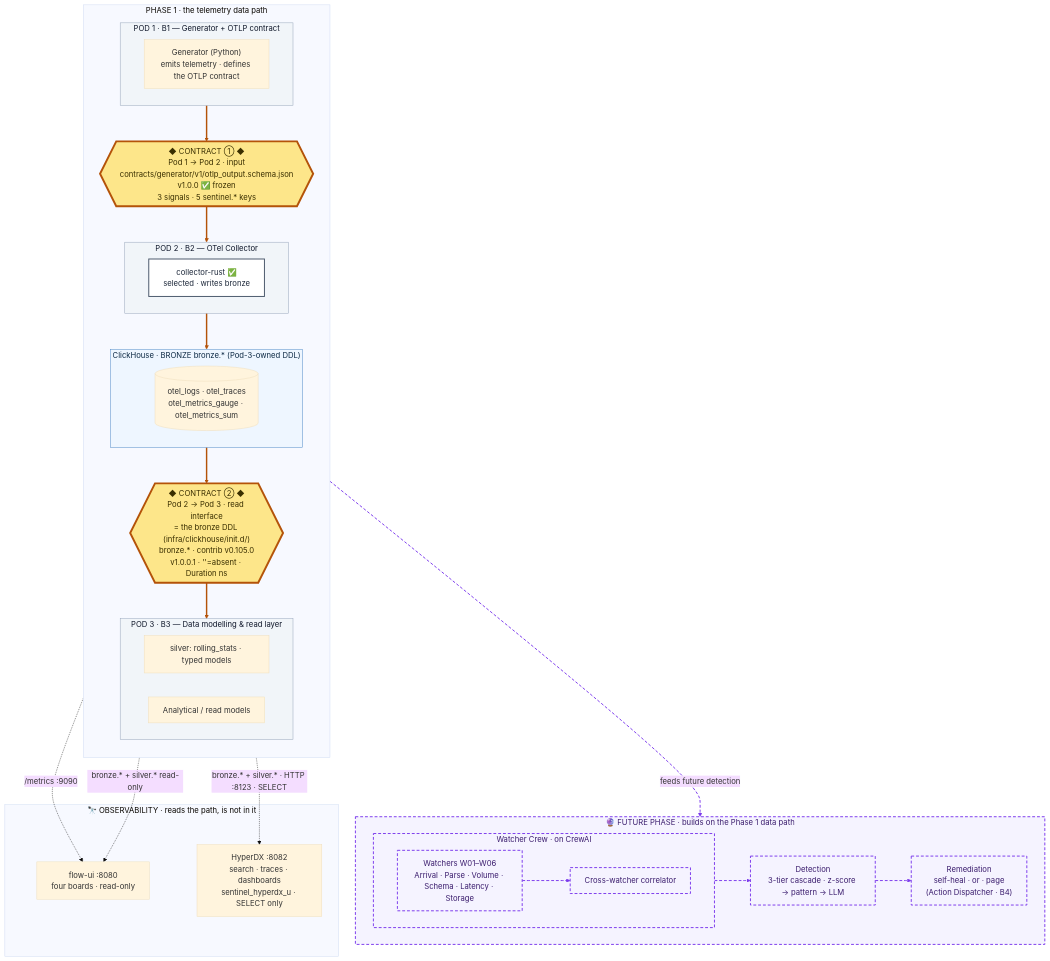
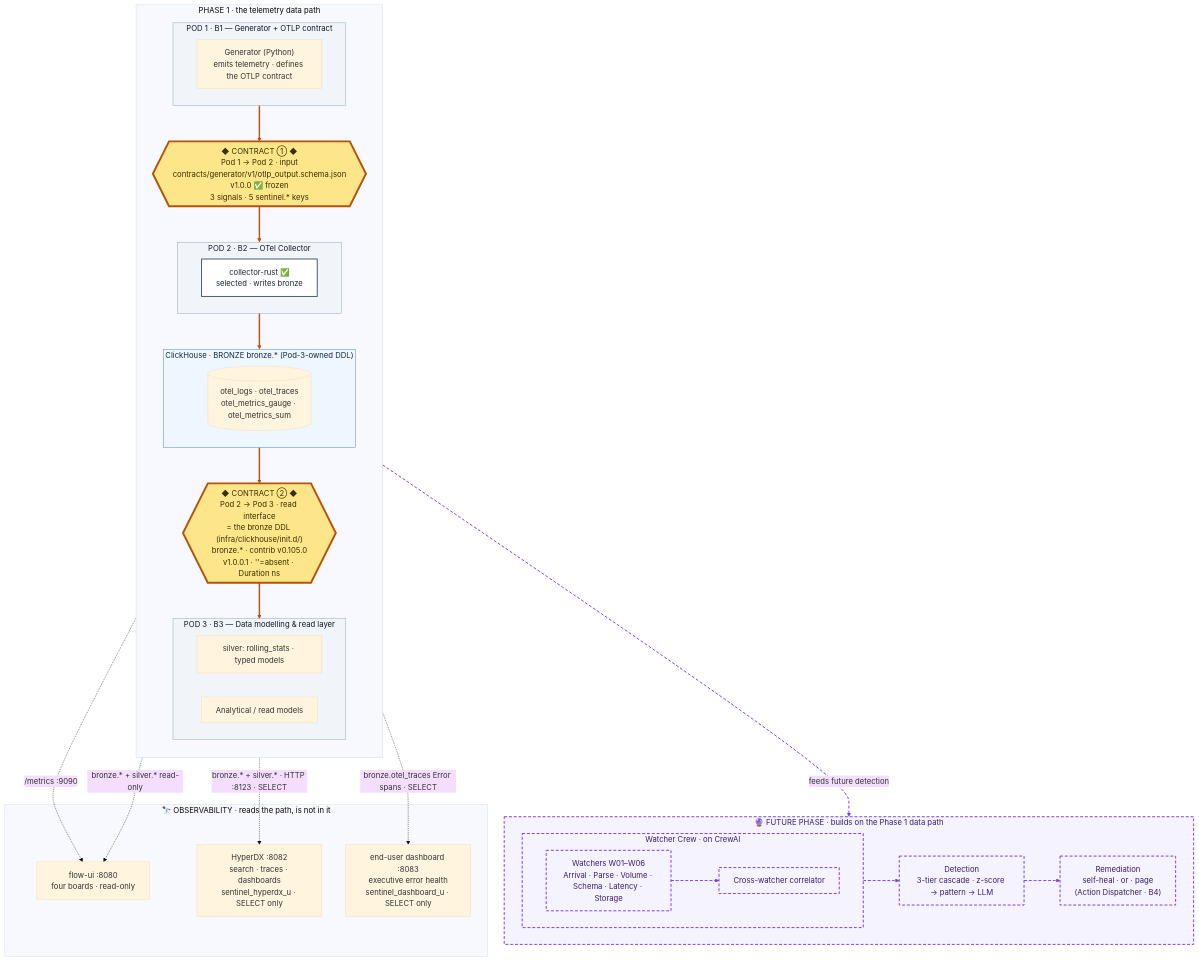
Before and after one commit to luanmorenommaciel/sentinel: the diagram in README.md, drawn with Mermaid (base theme). The commit also changed other lines of this file and 57 other files, not shown here.

First line of the commit message:
feat(dashboard): add executive end-user board to make up

````diff
--- a/README.md
+++ b/README.md
@@ -14,66 +14,68 @@
 ```mermaid
 flowchart TB
     subgraph PHASE1["PHASE 1 · the telemetry data path"]
         direction TB
         subgraph POD1["POD 1 · B1 — Generator + OTLP contract"]
             GEN["Generator (Python)<br/>emits telemetry · defines the OTLP contract"]
         end
 
         C1{{"◆ CONTRACT ① ◆<br/>Pod 1 → Pod 2 · input<br/>contracts/generator/v1/otlp_output.schema.json<br/>v1.0.0 ✅ frozen<br/>3 signals · 5 sentinel.* keys"}}
 
         subgraph POD2["POD 2 · B2 — OTel Collector"]
             CRUST["collector-rust ✅<br/>selected · writes bronze"]
         end
 
         subgraph STORE["ClickHouse · BRONZE bronze.* (Pod-3-owned DDL)"]
             direction LR
             RAW[("otel_logs · otel_traces<br/>otel_metrics_gauge · otel_metrics_sum")]
         end
 
         C2{{"◆ CONTRACT ② ◆<br/>Pod 2 → Pod 3 · read interface<br/>= the bronze DDL (infra/clickhouse/init.d/)<br/>bronze.* · contrib v0.105.0<br/>v1.0.0.1 · ''=absent · Duration ns"}}
 
         subgraph POD3["POD 3 · B3 — Data modelling & read layer"]
             direction LR
             SILVER["silver: rolling_stats · typed models"]
             DM["Analytical / read models"]
         end
 
         POD1 ==> C1 ==> POD2 ==> STORE ==> C2 ==> POD3
     end
 
     subgraph FUTURE["🔮 FUTURE PHASE · builds on the Phase 1 data path"]
         direction LR
         subgraph CREW["Watcher Crew · on CrewAI"]
             direction LR
             WATCH["Watchers W01–W06<br/>Arrival · Parse · Volume · Schema · Latency · Storage"]
             XCORR["Cross-watcher correlator"]
             WATCH --> XCORR
         end
         DETECT["Detection<br/>3-tier cascade · z-score → pattern → LLM"]
         REMED["Remediation<br/>self-heal · or · page<br/>(Action Dispatcher · B4)"]
         CREW --> DETECT --> REMED
     end
 
     POD3 -.->|"feeds future detection"| FUTURE
 
     subgraph OBS["🔭 OBSERVABILITY · reads the path, is not in it"]
         FLOW["flow-ui :8080<br/>four boards · read-only"]
         HDX["HyperDX :8082<br/>search · traces · dashboards<br/>sentinel_hyperdx_u · SELECT only"]
+        DASH["end-user dashboard :8083<br/>executive error health<br/>sentinel_dashboard_u · SELECT only"]
     end
     POD2 -. "/metrics :9090" .-> FLOW
     STORE -. "bronze.* + silver.* read-only" .-> FLOW
     STORE -. "bronze.* + silver.* · HTTP :8123 · SELECT" .-> HDX
+    STORE -. "bronze.otel_traces Error spans · SELECT" .-> DASH
 
     classDef contract fill:#fde68a,stroke:#b45309,stroke-width:4px,color:#3a2f00;
     classDef zone fill:#f1f5f9,stroke:#94a3b8,color:#0f172a;
     classDef store fill:#eef6ff,stroke:#4a86c5,color:#0d2a45;
     classDef refimpl fill:#ffffff,stroke:#475569,stroke-width:2px,color:#1e293b;
     classDef future fill:#f5f3ff,stroke:#7c3aed,stroke-width:2px,stroke-dasharray:6 4,color:#3b1d6e;
     class C1,C2 contract;
     class POD1,POD2,POD3 zone;
     class STORE store;
     class CRUST refimpl;
     class FUTURE,CREW,WATCH,XCORR,DETECT,REMED future;
     linkStyle 0,1,2,3,4 stroke:#b45309,stroke-width:3px;
     linkStyle 5,6,7,8 stroke:#7c3aed,stroke-width:2px,stroke-dasharray:6 4;
 ```
````
